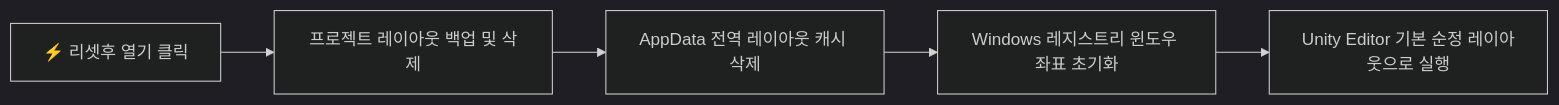
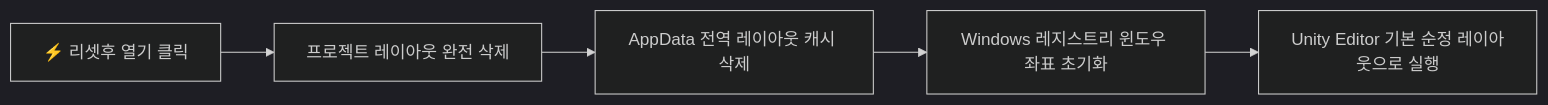
One commit to sjhdeux0114/UnityCustomHub changed the diagram in README.md. Above: the diagram before and after it, drawn with Mermaid (dark theme). The commit also changed other lines of this file and 4 other files, not shown here.

````diff
--- a/README.md
+++ b/README.md
@@ -46,7 +46,7 @@
 ```mermaid
 flowchart LR
-    A[⚡ 리셋후 열기 클릭] --> B[프로젝트 레이아웃 백업 및 삭제]
+    A[⚡ 리셋후 열기 클릭] --> B[프로젝트 레이아웃 완전 삭제]
     B --> C[AppData 전역 레이아웃 캐시 삭제]
     C --> D[Windows 레지스트리 윈도우 좌표 초기화]
     D --> E[Unity Editor 기본 순정 레이아웃으로 실행]
 ```
````
